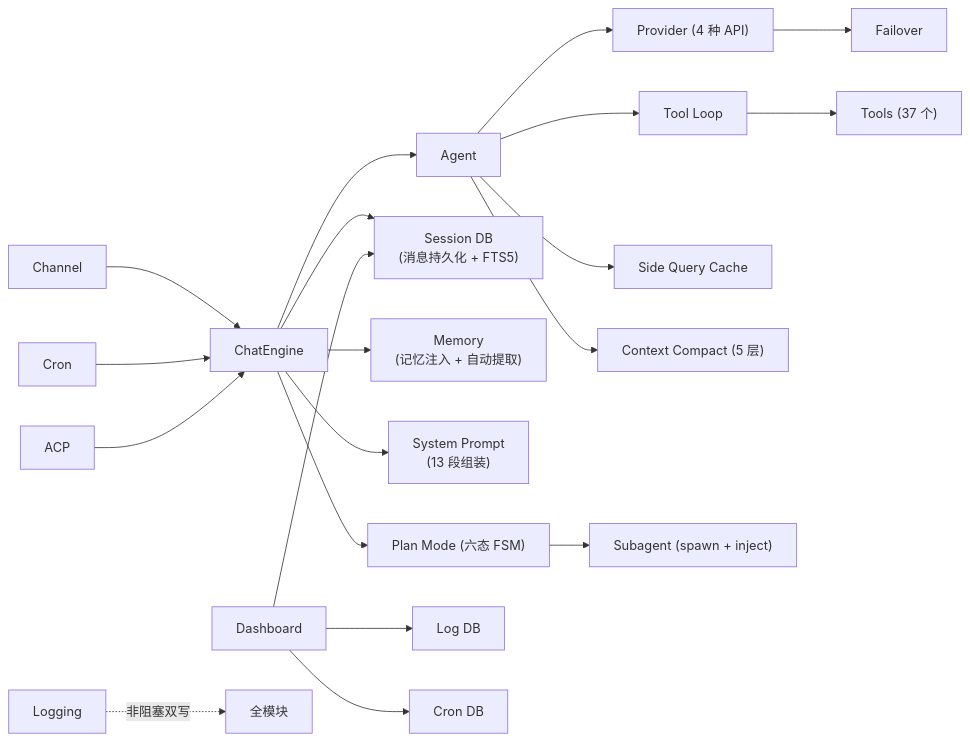
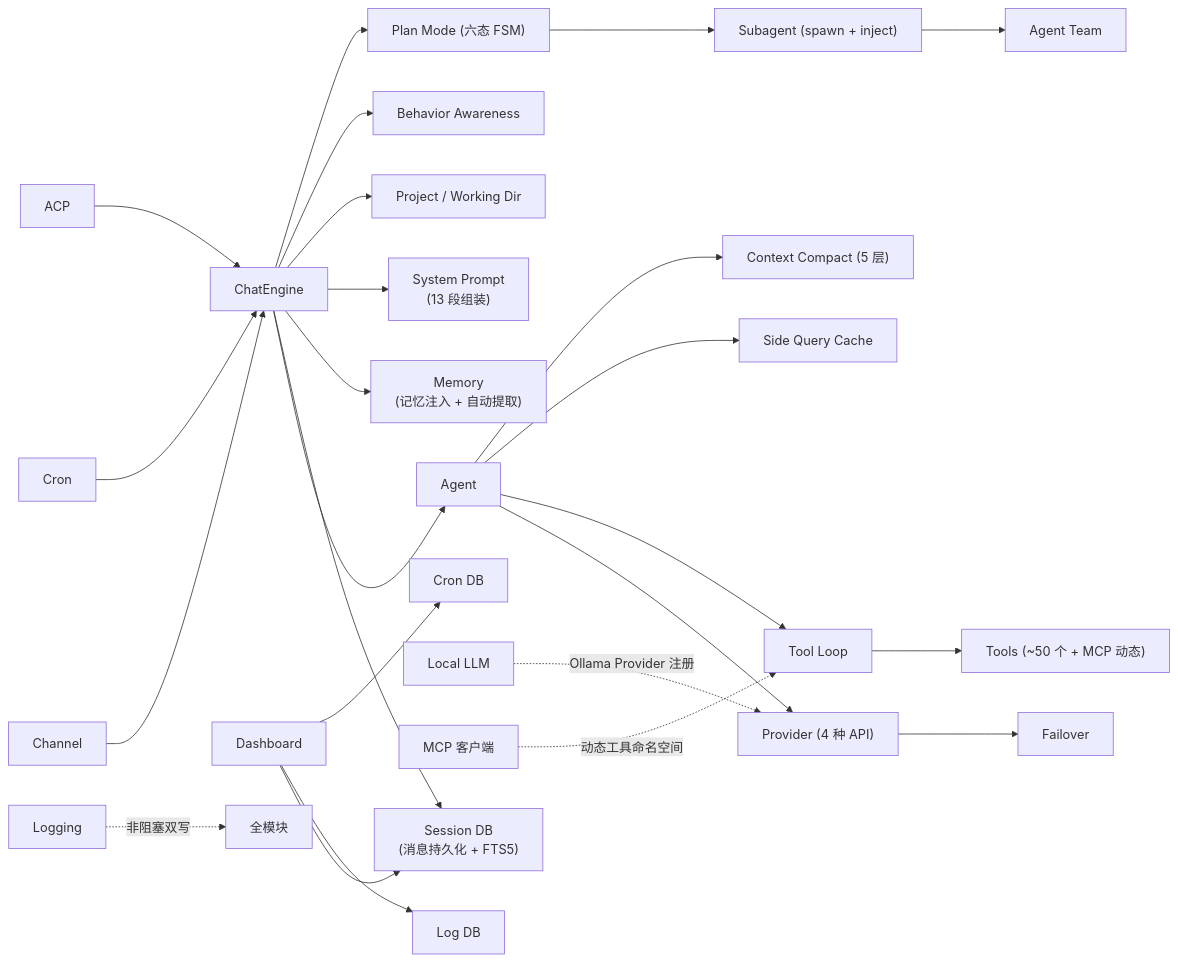
The fourth of 4 diagrams in docs/architecture/overview.md (shiwenwen/hope-agent), drawn with Mermaid before and after one commit. The commit also changed other lines of this file and 22 other files, not shown here.

````diff
--- a/docs/architecture/overview.md
+++ b/docs/architecture/overview.md
@@ -127,25 +132,30 @@
 ```mermaid
 graph LR
     ChatEngine["ChatEngine"] --> Agent["Agent"]
     Agent --> Provider["Provider (4 种 API)"]
     Provider --> Failover["Failover"]
     Agent --> ToolLoop["Tool Loop"]
-    ToolLoop --> Tools["Tools (37 个)"]
+    ToolLoop --> Tools["Tools (~50 个 + MCP 动态)"]
     Agent --> SideQuery["Side Query Cache"]
     Agent --> ContextCompact["Context Compact (5 层)"]
 
     ChatEngine --> SessionDB["Session DB<br/>(消息持久化 + FTS5)"]
     ChatEngine --> Memory["Memory<br/>(记忆注入 + 自动提取)"]
     ChatEngine --> SystemPrompt["System Prompt<br/>(13 段组装)"]
+    ChatEngine --> ProjectCtx["Project / Working Dir"]
+    ChatEngine --> Awareness["Behavior Awareness"]
     ChatEngine --> PlanMode["Plan Mode (六态 FSM)"]
     PlanMode --> Subagent["Subagent (spawn + inject)"]
+    Subagent --> Team["Agent Team"]
 
     Channel["Channel"] --> ChatEngine
     Cron["Cron"] --> ChatEngine
     ACP["ACP"] --> ChatEngine
+    LocalLLM["Local LLM"] -.->|"Ollama Provider 注册"| Provider
+    MCP["MCP 客户端"] -.->|"动态工具命名空间"| ToolLoop
     Dashboard["Dashboard"] --> SessionDB
     Dashboard --> LogDB["Log DB"]
     Dashboard --> CronDB["Cron DB"]
     Logging["Logging"] -.->|"非阻塞双写"| AllModules["全模块"]
 
 ```
````
